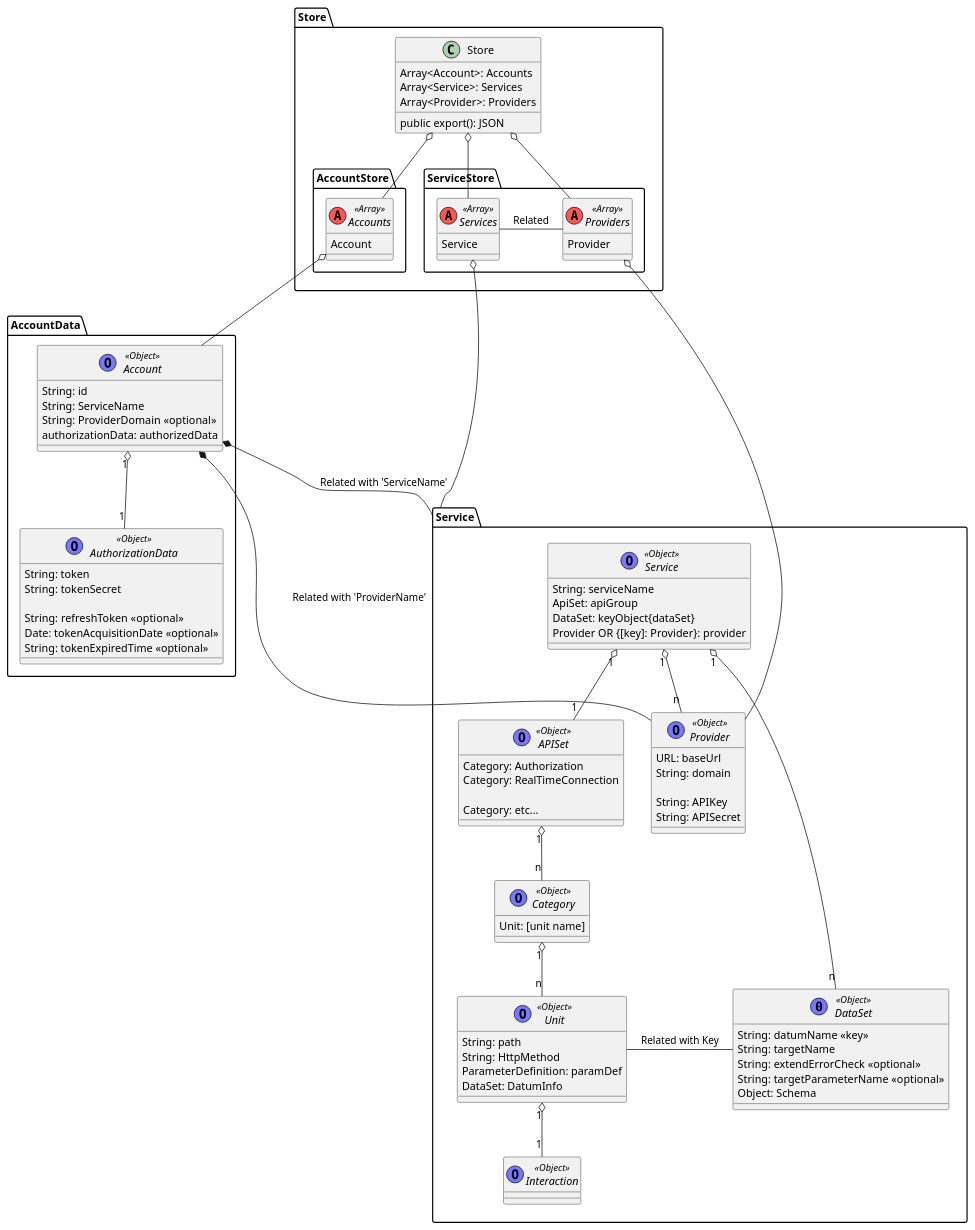
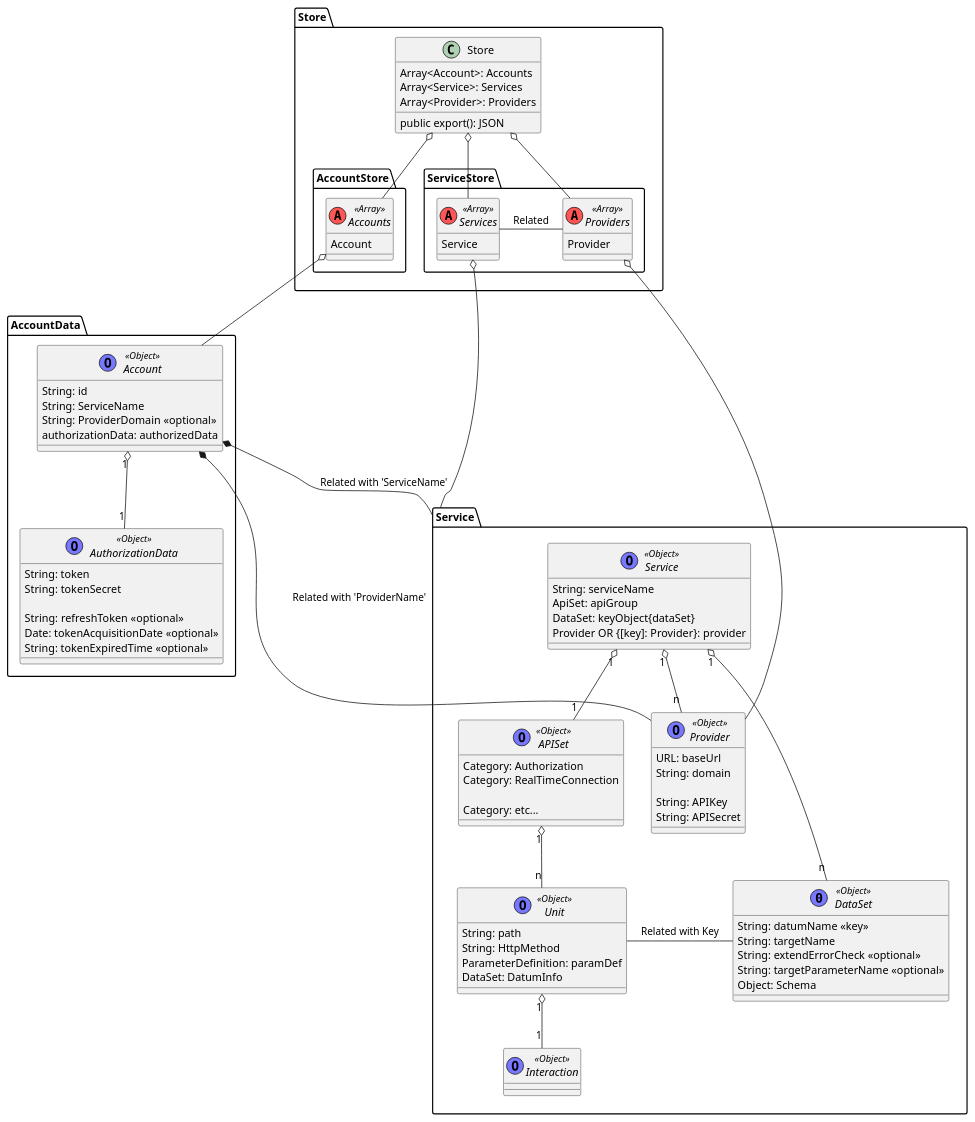
Before and after one commit to origamium/Tenpest-Core: the diagram in blueprint/StoredObject.puml, drawn with PlantUML.

Commit message:
UMLからCategoryを削除、APISetはAuth,REST,RTCのPairOfObjectとして持つように

```diff
--- a/blueprint/StoredObject.puml
+++ b/blueprint/StoredObject.puml
@@ -1,114 +1,109 @@
 @startuml
 
 package Store{
     class Store{
         Array<Account>: Accounts
         Array<Service>: Services
         Array<Provider>: Providers
         public export(): JSON
     }
 
     package AccountStore{
         interface Accounts <<(A,#FF5555) Array>>{
             Account
         }
     }
 
     package ServiceStore{
         interface Services <<(A,#FF5555) Array>>{
             Service
         }
         interface Providers <<(A,#FF5555) Array>>{
             Provider
         }
     }
 
     Store o-- Accounts
     Store o-- Services
     Store o-- Providers
 }
 
 package "AccountData" {
     interface Account<<(O,#7777FF)Object>>{
         String: id
         String: ServiceName
         String: ProviderDomain <<optional>>
         authorizationData: authorizedData
     }
 
     interface AuthorizationData<<(O,#7777FF)Object>>{
         String: token
         String: tokenSecret
 
         String: refreshToken <<optional>>
         Date: tokenAcquisitionDate <<optional>>
         String: tokenExpiredTime <<optional>>
     }
 
     Account "1" o-- "1" AuthorizationData
 }
 
 package "Service" {
     interface Service<<(O,#7777FF)Object>>{
         String: serviceName
         ApiSet: apiGroup
         DataSet: keyObject{dataSet}
         Provider OR {[key]: Provider}: provider
     }
 
     interface Provider<<(O,#7777FF)Object>>{
         URL: baseUrl
         String: domain
 
         String: APIKey
         String: APISecret
     }
 
     interface APISet<<(O,#7777FF)Object>>{
         Category: Authorization
         Category: RealTimeConnection
 
         Category: etc...
     }
 
     interface DataSet<<(0, #7777FF)Object>>{
         String: datumName <<key>>
         String: targetName
         String: extendErrorCheck <<optional>>
         String: targetParameterName <<optional>>
         Object: Schema
     }
 
-    interface Category<<(O,#7777FF)Object>>{
-        Unit: [unit name]
-    }
-
     interface Unit<<(O,#7777FF)Object>>{
         String: path
         String: HttpMethod
         ParameterDefinition: paramDef
         DataSet: DatumInfo
     }
 
     interface Interaction<<(O,#7777FF)Object>>{
 
     }
 
     Service "1" o-- "n" Provider
     Service "1" o-- "n" DataSet
     Service "1" o-- "1" APISet
-    APISet "1" o-- "n" Category
-    Category "1"  o-- "n" Unit
+    APISet "1"  o-- "n" Unit
     Unit - DataSet : Related with Key
     Unit "1" o-- "1" Interaction
 }
 
 Account *-- Service : Related with 'ServiceName'
 Account *-- Provider : Related with 'ProviderName'
 
 Accounts o-- Account
 Services o-- Service
 Providers o-- Provider
 Services - Providers : Related
 
 @enduml
```
